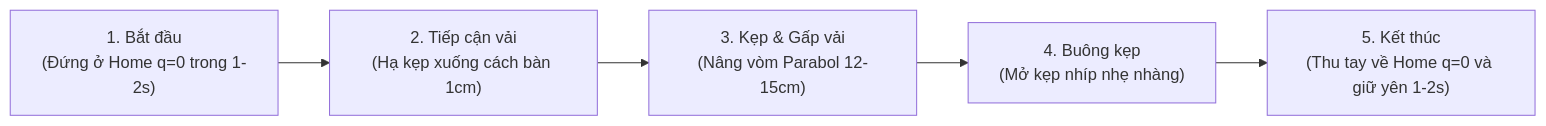
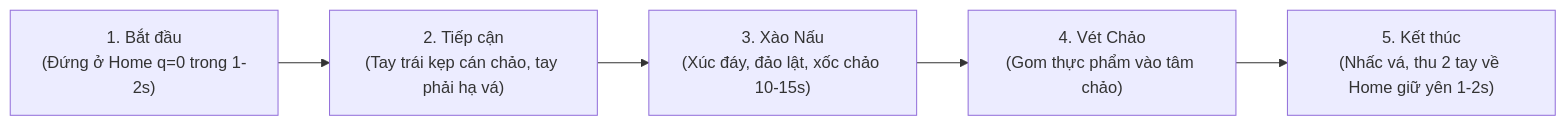
The diagram in HUONG_DAN_THU_THAP_DATASET_RGBD.md (hoanglmv/openarm_can), drawn with Mermaid before and after one commit. The commit also changed other lines of this file and 479 other files, not shown here.

````diff
--- a/HUONG_DAN_THU_THAP_DATASET_RGBD.md
+++ b/HUONG_DAN_THU_THAP_DATASET_RGBD.md
@@ -94,7 +97,7 @@
 ```mermaid
 flowchart LR
-    A["1. Bắt đầu\n(Đứng ở Home q=0 trong 1-2s)"] --> B["2. Tiếp cận vải\n(Hạ kẹp xuống cách bàn 1cm)"]
-    B --> C["3. Kẹp & Gấp vải\n(Nâng vòm Parabol 12-15cm)"]
-    C --> D["4. Buông kẹp\n(Mở kẹp nhíp nhẹ nhàng)"]
-    D --> E["5. Kết thúc\n(Thu tay về Home q=0 và giữ yên 1-2s)"]
+    A["1. Bắt đầu\n(Đứng ở Home q=0 trong 1-2s)"] --> B["2. Tiếp cận\n(Tay trái kẹp cán chảo, tay phải hạ vá)"]
+    B --> C["3. Xào Nấu\n(Xúc đáy, đảo lật, xốc chảo 10-15s)"]
+    C --> D["4. Vét Chảo\n(Gom thực phẩm vào tâm chảo)"]
+    D --> E["5. Kết thúc\n(Nhấc vá, thu 2 tay về Home giữ yên 1-2s)"]
 ```
````
